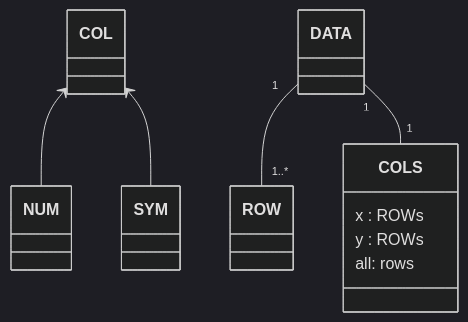
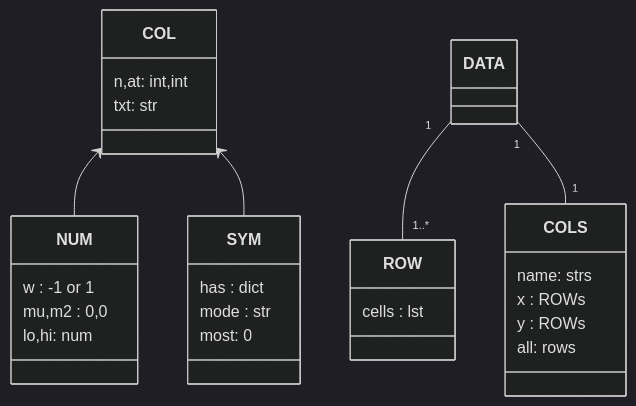
One commit to timm/tested changed the diagram in docs/onScript.md. Above: the diagram before and after it, drawn with Mermaid (dark theme).

````diff
--- a/docs/onScript.md
+++ b/docs/onScript.md
@@ -158,12 +158,30 @@
 ```mermaid
 classDiagram
 COL <--  NUM
 COL <--  SYM
 DATA "1" -- "1..*" ROW  
 DATA "1" -- "1" COLS 
 class COLS {
+   name: strs
    x : ROWs
    y : ROWs
    all: rows
 }
+class ROW {
+  cells : lst
+}
+class COL {
+  n,at: int,int
+  txt: str
+}
+class NUM {
+  w : -1 or 1
+  mu,m2 : 0,0
+  lo,hi: num
+}
+class SYM {
+  has : dict
+  mode : str
+  most: 0
+}
 ```
````
